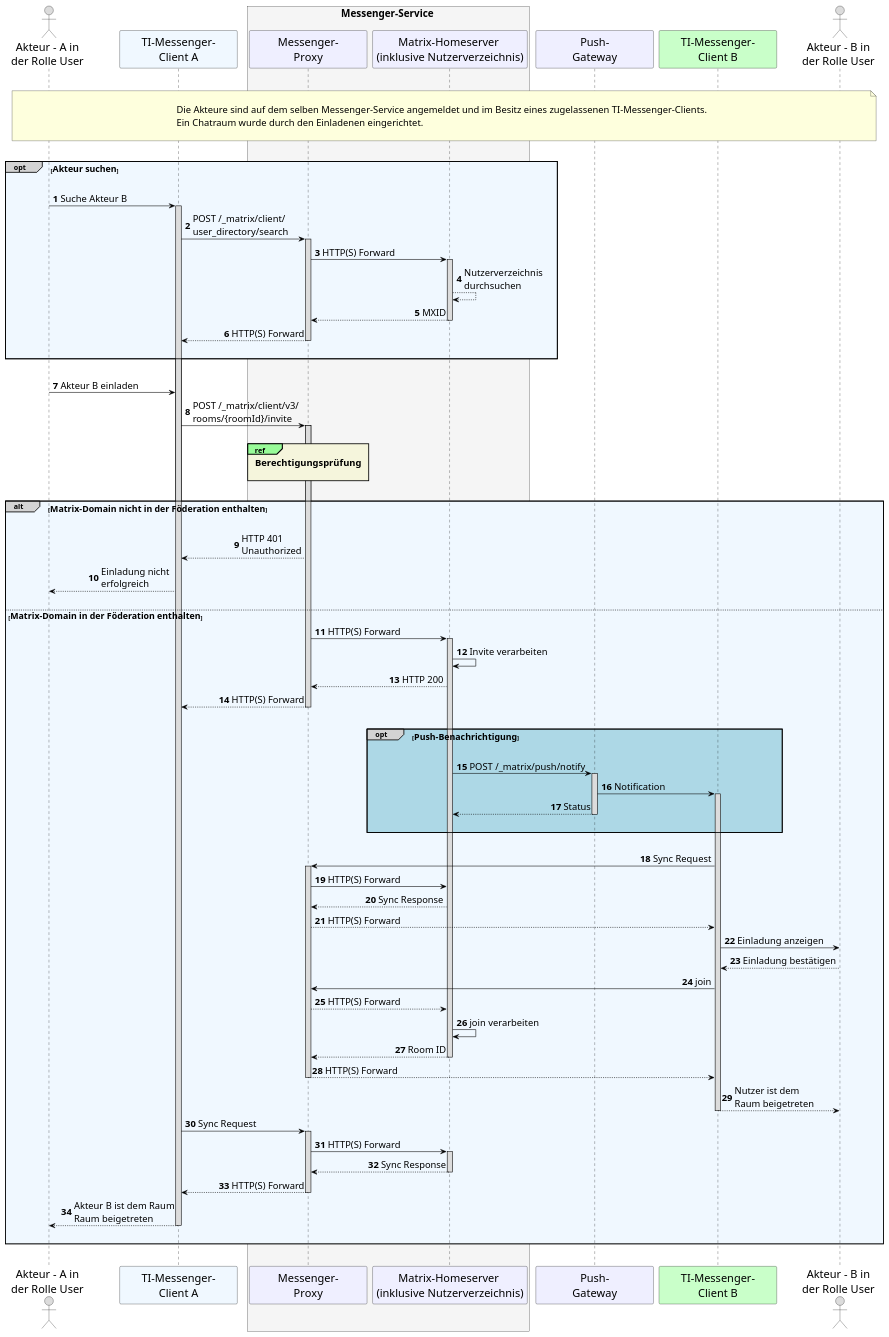
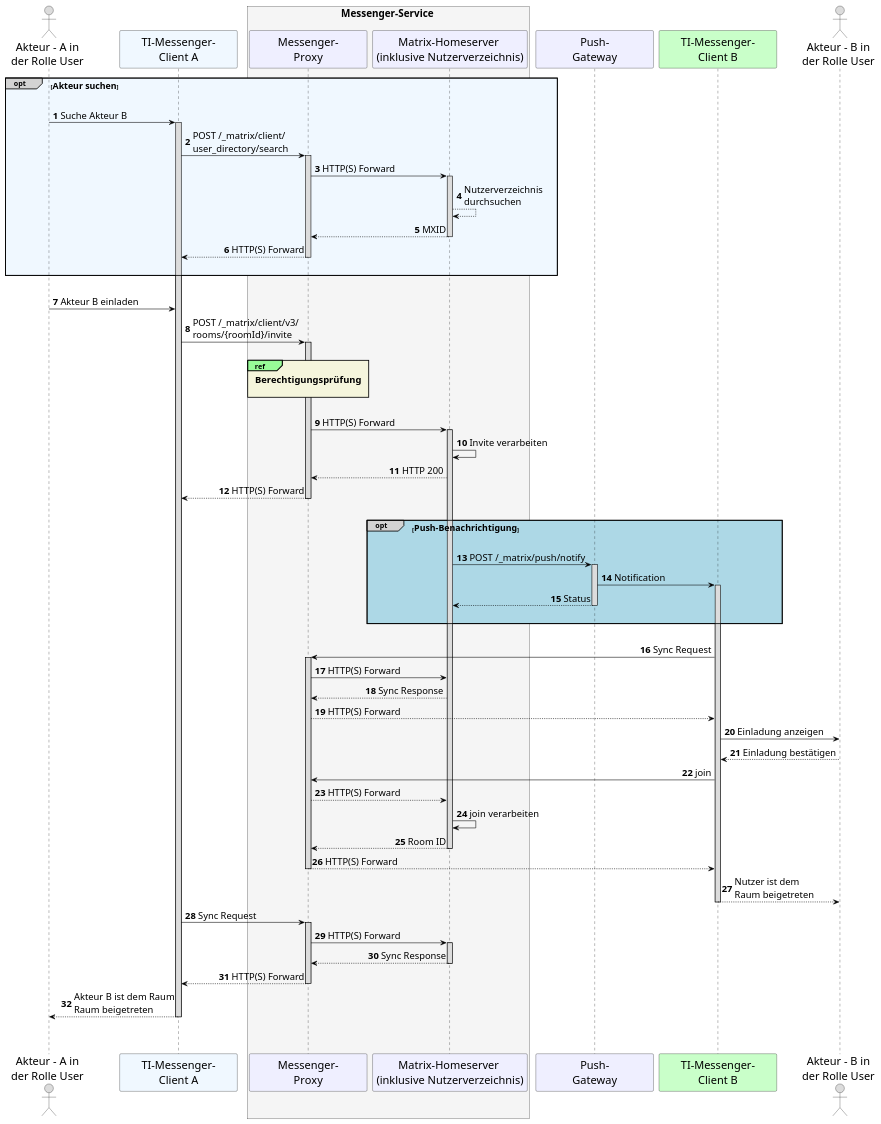
One commit to gematik/api-ti-messenger changed the diagram in src/plantuml/TI-Messenger-Dienst/Ressourcen/UC_10104_Seq.puml. Above: the diagram before and after it, drawn with PlantUML.

Commit message:
removed Vorbedingung and federation tests

```diff
--- a/src/plantuml/TI-Messenger-Dienst/Ressourcen/UC_10104_Seq.puml
+++ b/src/plantuml/TI-Messenger-Dienst/Ressourcen/UC_10104_Seq.puml
@@ -6,127 +6,114 @@
 @startuml
 skinparam sequenceMessageAlign direction
 skinparam minClassWidth 200
 skinparam BoxPadding 1
 skinparam sequenceReferenceHeaderBackgroundColor palegreen
 skinparam sequenceReferenceBackgroundColor Beige
 scale max 2048 width
 
 skinparam sequence {
 ArrowColor black
 ArrowFontSize 17
 ActorBorderColor black
 LifeLineBorderColor black
 LifeLineBackgroundColor Gainsboro
 
 ParticipantBorderColor Motivation
 ParticipantBackgroundColor Motivation
 ParticipantFontSize 20
 ParticipantFontColor black
 ParticipantBorderColor Black
 ParticipantBackgroundColor MOTIVATION
 
 ActorBackgroundColor Gainsboro
 ActorFontColor black
 ActorFontSize 20
 }
 autonumber
 
     actor U1 as "Akteur - A in\nder Rolle User"
     participant C1 as "TI-Messenger-\nClient A" #AliceBlue
     box <size:18>Messenger-Service</size> #WhiteSmoke
       participant MP as "Messenger-\nProxy"
       participant MH as "Matrix-Homeserver \n(inklusive Nutzerverzeichnis)"
     end box
     participant PG as "Push-\nGateway"
     participant C2 as "TI-Messenger-\nClient B"#TECHNOLOGY
     actor U2 as "Akteur - B in\nder Rolle User"
     
-|||
-note over U1, U2: \n<size:17>Die Akteure sind auf dem selben Messenger-Service angemeldet und im Besitz eines zugelassenen TI-Messenger-Clients.\n<size:17>Ein Chatraum wurde durch den Einladenen eingerichtet.</size>\n
-|||
-
     opt#LightGrey #AliceBlue <size:16>Akteur suchen</size>
     |||
     U1->C1: Suche Akteur B
       activate C1
     C1->MP: POST /_matrix/client/\nuser_directory/search
       activate MP
     MP->MH: HTTP(S) Forward
       activate MH
     MH-->MH: Nutzerverzeichnis \ndurchsuchen
     MH-->MP: MXID
       deactivate MH
     MP-->C1: HTTP(S) Forward
       deactivate MP
     |||
     end
     
     |||
     U1->C1: Akteur B einladen
     C1->MP: POST /_matrix/client/v3/\nrooms/{roomId}/invite
       activate MP
     
     |||
       ref over MP, MP: <size:17><b>Berechtigungsprüfung</size>\n 
     |||
-    
-    alt#LightGrey #AliceBlue <size:16>Matrix-Domain nicht in der Föderation enthalten</size>
-      |||
-      MP-->C1: HTTP 401 \nUnauthorized
-      C1-->U1: Einladung nicht \nerfolgreich
-        |||
-
-    
-      else <size:16>Matrix-Domain in der Föderation enthalten</size>
-    
+ 
+   
       MP->MH: HTTP(S) Forward
         activate MH
       MH->MH: Invite verarbeiten
       MH-->MP: HTTP 200
       MP-->C1: HTTP(S) Forward
         deactivate MP
       |||
         opt#LightGrey #LightBlue <size:16>Push-Benachrichtigung</size>
           |||
           MH->PG: POST /_matrix/push/notify
             activate PG
           PG->C2: Notification
           activate C2
           PG-->MH: Status
             deactivate PG
         |||
         end
         |||
           
           C2->MP: Sync Request
             activate MP
           MP->MH: HTTP(S) Forward
           MH-->MP: Sync Response
           MP-->C2: HTTP(S) Forward
 
           C2->U2: Einladung anzeigen
           U2-->C2: Einladung bestätigen
           C2->MP: join
           MP-->MH: HTTP(S) Forward
           MH->MH: join verarbeiten
           MH-->MP: Room ID
             deactivate MH
           MP-->C2: HTTP(S) Forward
             deactivate MP
           C2-->U2: Nutzer ist dem \nRaum beigetreten
             deactivate C2
 
           C1->MP: Sync Request
             activate MP
           MP->MH: HTTP(S) Forward
             activate MH
           MH-->MP: Sync Response
           deactivate MH
           MP-->C1: HTTP(S) Forward
           deactivate MP
           C1-->U1: Akteur B ist dem Raum\nRaum beigetreten
           deactivate C1
         |||
-        end
  |||
 @enduml
```
